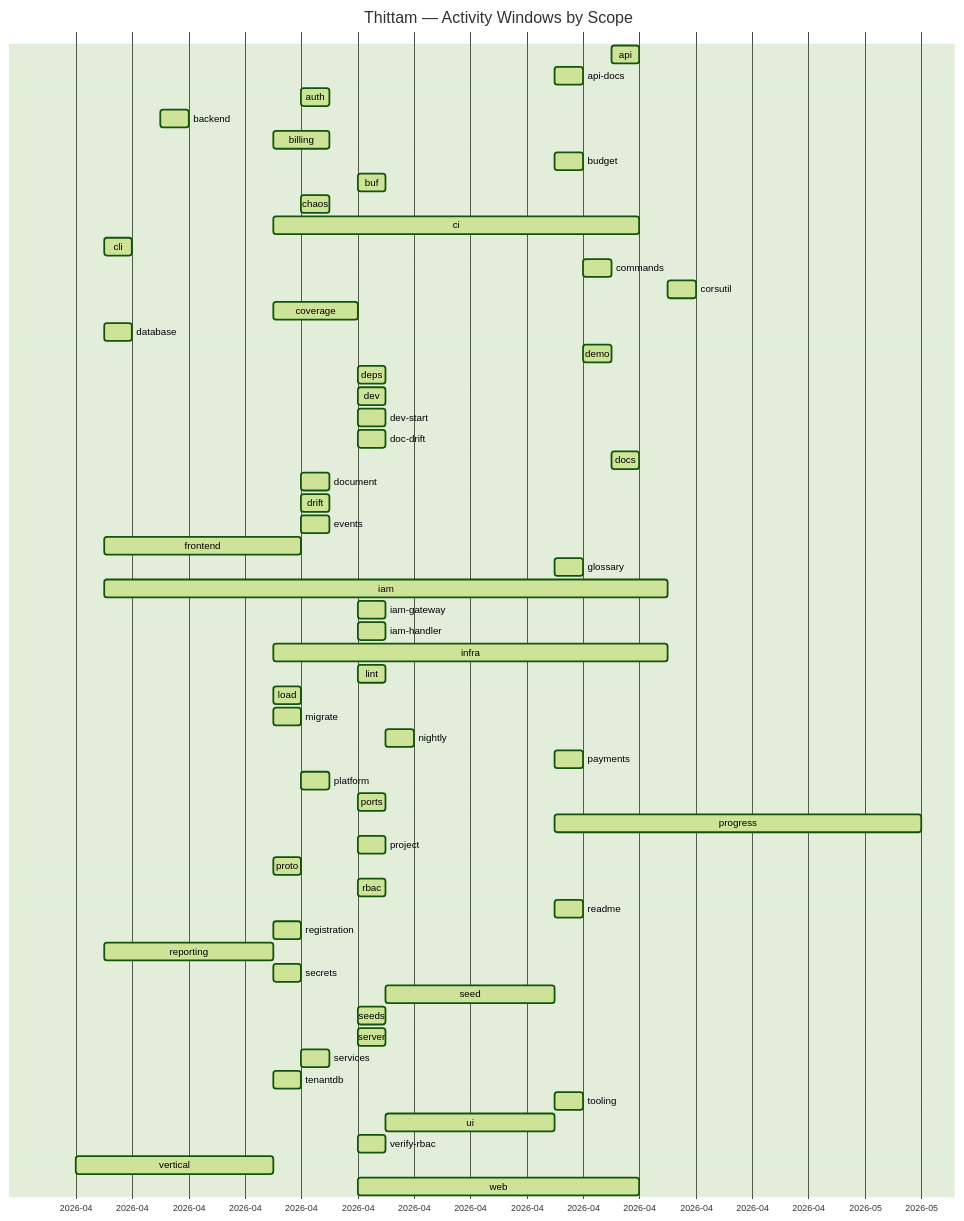
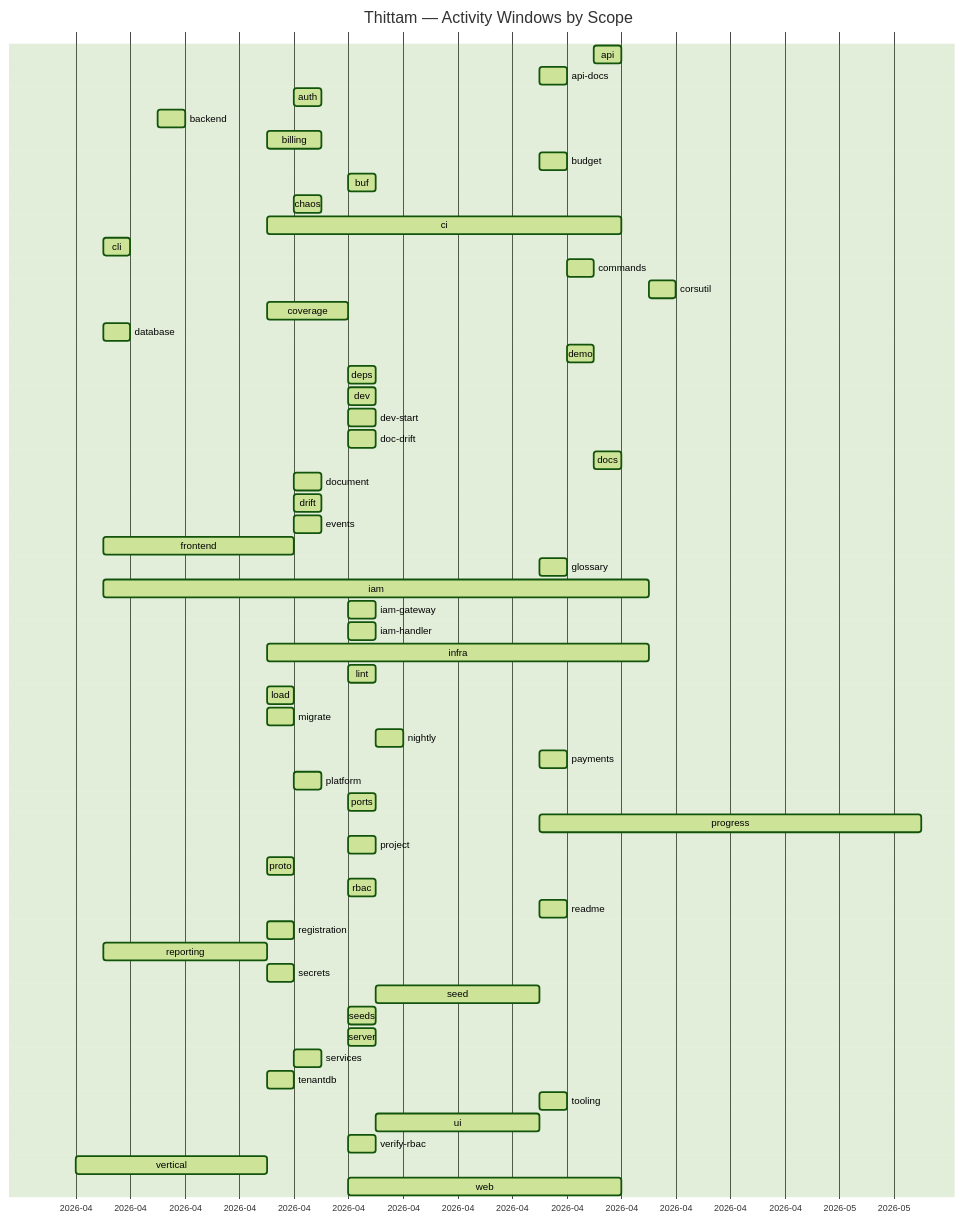
The diagram in docs/PROGRESS.md (wegofwd2020-hub/thittam), drawn with Mermaid (forest theme) before and after one commit. The commit also changed other lines of this file and 1 other file, not shown here.

Commit message:
chore(progress): nightly update of docs/PROGRESS.md + CSVs

````diff
--- a/docs/PROGRESS.md
+++ b/docs/PROGRESS.md
@@ -9,60 +9,60 @@
 ```mermaid
 gantt
     title Thittam — Activity Windows by Scope
     dateFormat YYYY-MM-DD
     axisFormat %Y-%m
     api                :active, s_api, 2026-04-22, 2026-04-23
     api-docs           :active, s_api_docs, 2026-04-20, 2026-04-21
     auth               :active, s_auth, 2026-04-11, 2026-04-12
     backend            :active, s_backend, 2026-04-06, 2026-04-07
     billing            :active, s_billing, 2026-04-10, 2026-04-12
     budget             :active, s_budget, 2026-04-20, 2026-04-21
     buf                :active, s_buf, 2026-04-13, 2026-04-14
     chaos              :active, s_chaos, 2026-04-11, 2026-04-12
     ci                 :active, s_ci, 2026-04-10, 2026-04-23
     cli                :active, s_cli, 2026-04-04, 2026-04-05
     commands           :active, s_commands, 2026-04-21, 2026-04-22
     corsutil           :active, s_corsutil, 2026-04-24, 2026-04-25
     coverage           :active, s_coverage, 2026-04-10, 2026-04-13
     database           :active, s_database, 2026-04-04, 2026-04-05
     demo               :active, s_demo, 2026-04-21, 2026-04-22
     deps               :active, s_deps, 2026-04-13, 2026-04-14
     dev                :active, s_dev, 2026-04-13, 2026-04-14
     dev-start          :active, s_dev_start, 2026-04-13, 2026-04-14
     doc-drift          :active, s_doc_drift, 2026-04-13, 2026-04-14
     docs               :active, s_docs, 2026-04-22, 2026-04-23
     document           :active, s_document, 2026-04-11, 2026-04-12
     drift              :active, s_drift, 2026-04-11, 2026-04-12
     events             :active, s_events, 2026-04-11, 2026-04-12
     frontend           :active, s_frontend, 2026-04-04, 2026-04-11
     glossary           :active, s_glossary, 2026-04-20, 2026-04-21
     iam                :active, s_iam, 2026-04-04, 2026-04-24
     iam-gateway        :active, s_iam_gateway, 2026-04-13, 2026-04-14
     iam-handler        :active, s_iam_handler, 2026-04-13, 2026-04-14
     infra              :active, s_infra, 2026-04-10, 2026-04-24
     lint               :active, s_lint, 2026-04-13, 2026-04-14
     load               :active, s_load, 2026-04-10, 2026-04-11
     migrate            :active, s_migrate, 2026-04-10, 2026-04-11
     nightly            :active, s_nightly, 2026-04-14, 2026-04-15
     payments           :active, s_payments, 2026-04-20, 2026-04-21
     platform           :active, s_platform, 2026-04-11, 2026-04-12
     ports              :active, s_ports, 2026-04-13, 2026-04-14
-    progress           :active, s_progress, 2026-04-20, 2026-05-03
+    progress           :active, s_progress, 2026-04-20, 2026-05-04
     project            :active, s_project, 2026-04-13, 2026-04-14
     proto              :active, s_proto, 2026-04-10, 2026-04-11
     rbac               :active, s_rbac, 2026-04-13, 2026-04-14
     readme             :active, s_readme, 2026-04-20, 2026-04-21
     registration       :active, s_registration, 2026-04-10, 2026-04-11
     reporting          :active, s_reporting, 2026-04-04, 2026-04-10
     secrets            :active, s_secrets, 2026-04-10, 2026-04-11
     seed               :active, s_seed, 2026-04-14, 2026-04-20
     seeds              :active, s_seeds, 2026-04-13, 2026-04-14
     server             :active, s_server, 2026-04-13, 2026-04-14
     services           :active, s_services, 2026-04-11, 2026-04-12
     tenantdb           :active, s_tenantdb, 2026-04-10, 2026-04-11
     tooling            :active, s_tooling, 2026-04-20, 2026-04-21
     ui                 :active, s_ui, 2026-04-14, 2026-04-20
     verify-rbac        :active, s_verify_rbac, 2026-04-13, 2026-04-14
     vertical           :active, s_vertical, 2026-04-03, 2026-04-10
     web                :active, s_web, 2026-04-13, 2026-04-23
 ```
````
